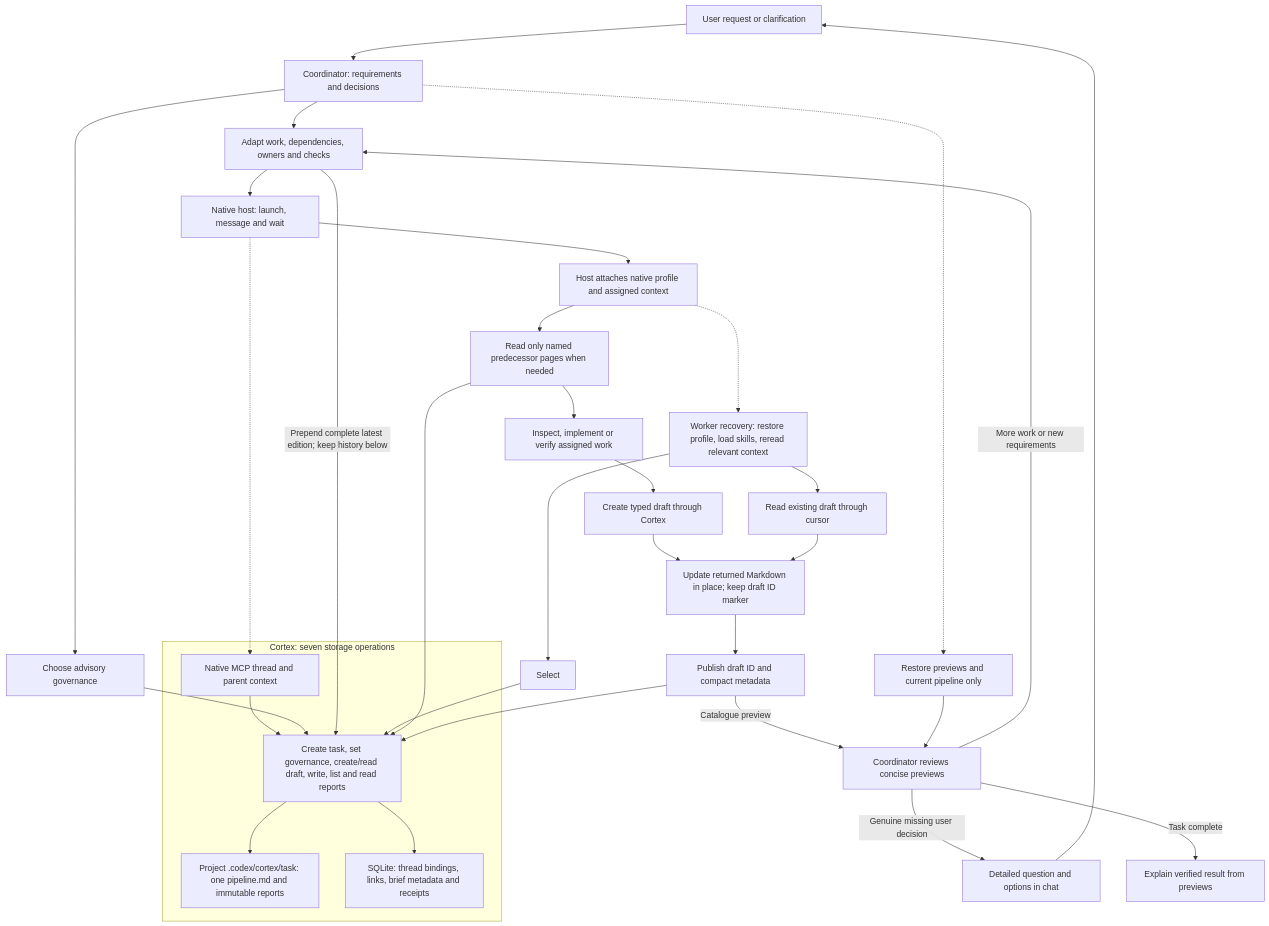
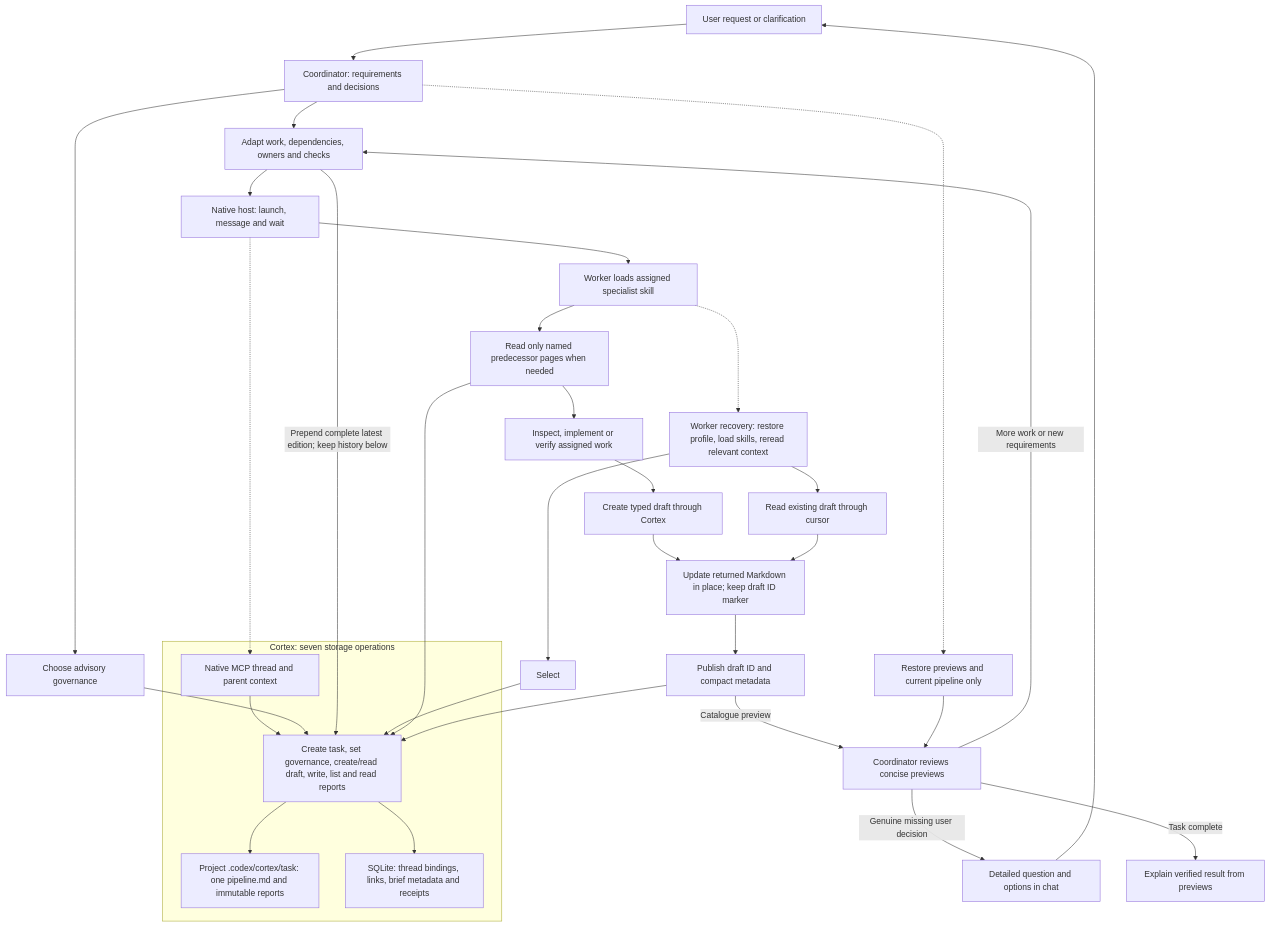
One commit to igovet/codex-cortex-orchestrator changed the diagram in README.md. Above: the diagram before and after it, drawn with Mermaid. The commit also changed other lines of this file and 59 other files, not shown here.

````diff
--- a/README.md
+++ b/README.md
@@ -509,40 +497,40 @@
 ```mermaid
 flowchart TD
     User[User request or clarification] --> Coordinator[Coordinator: requirements and decisions]
     Coordinator --> Governance[Choose advisory governance]
     Coordinator --> Pipeline[Adapt work, dependencies, owners and checks]
     Pipeline --> Native[Native host: launch, message and wait]
-    Native --> Worker[Host attaches native profile and assigned context]
+    Native --> Worker[Worker loads assigned specialist skill]
     Worker --> Read[Read only named predecessor pages when needed]
     Read --> Work[Inspect, implement or verify assigned work]
     Work --> Draft[Create typed draft through Cortex]
     Draft --> Fill[Update returned Markdown in place; keep draft ID marker]
     Recovery[Context recovery] --> DraftRead[Read existing draft through cursor]
     DraftRead --> Fill
     Fill --> Result[Publish draft ID and compact metadata]
     Result -->|Catalogue preview| Assess[Coordinator reviews concise previews]
     Assess -->|More work or new requirements| Pipeline
     Assess -->|Genuine missing user decision| Question[Detailed question and options in chat]
     Question --> User
     Assess -->|Task complete| Final[Explain verified result from previews]
 
     subgraph Storage[Cortex: seven storage operations]
         API[Create task, set governance, create/read draft, write, list and read reports]
         Files[Project .codex/cortex/task: one pipeline.md and immutable reports]
         Index[SQLite: thread bindings, links, brief metadata and receipts]
         Context[Native MCP thread and parent context] --> API
         API --> Files
         API --> Index
     end
 
     Native -.-> Context
     Governance --> API
     Pipeline -->|Prepend complete latest edition; keep history below| API
     Select --> API
     Read --> API
     Result --> API
     Recovery[Worker recovery: restore profile, load skills, reread relevant context] --> Select
     Coordinator -.-> CoordinatorRecovery[Restore previews and current pipeline only]
     CoordinatorRecovery --> Assess
     Worker -.-> Recovery
 ```
````
